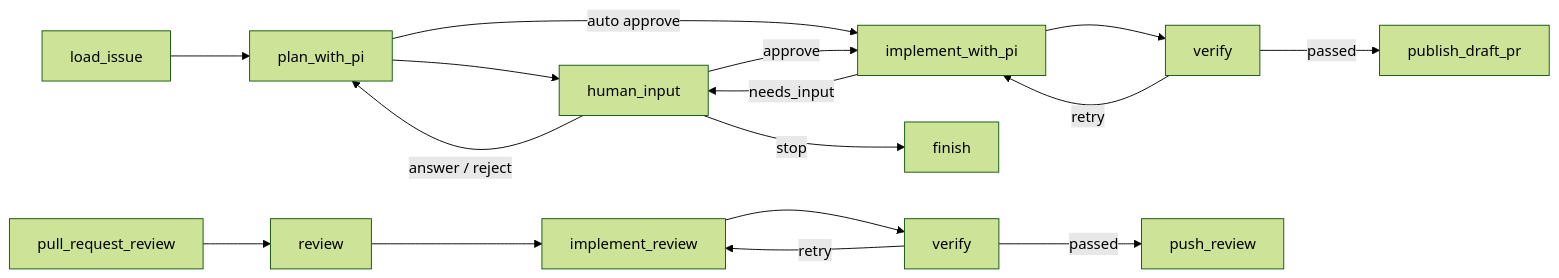
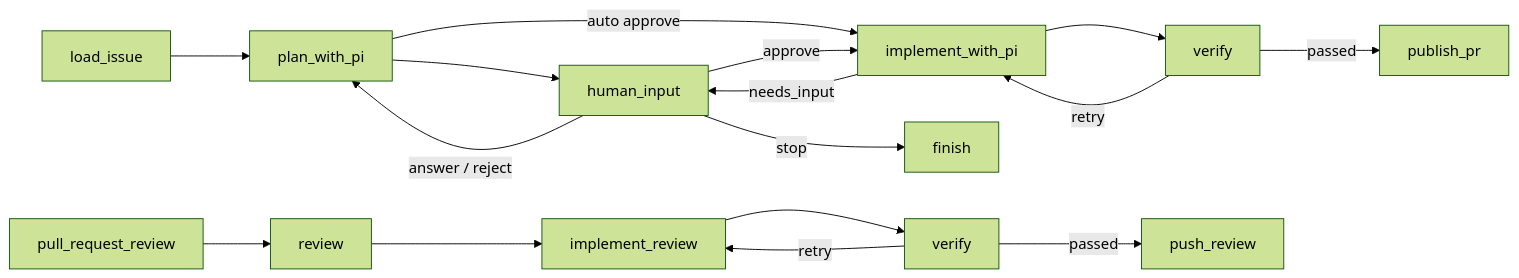
Before and after one commit to NetanelRotem/agent-demo-taskboard: the diagram in coding-agent-graph/README.md, drawn with Mermaid (forest theme). The commit also changed other lines of this file and 16 other files, not shown here.

````diff
--- a/coding-agent-graph/README.md
+++ b/coding-agent-graph/README.md
@@ -7,18 +7,18 @@
 ```mermaid
 flowchart LR
     A[load_issue] --> B[plan_with_pi]
     B --> C[human_input]
     B -->|auto approve| D
     C -->|answer / reject| B
     C -->|approve| D[implement_with_pi]
     C -->|stop| F[finish]
     D -->|needs_input| C
     D --> E[verify]
     E -->|retry| D
-    E -->|passed| G[publish_draft_pr]
+    E -->|passed| G[publish_pr]
     R[pull_request_review] --> H[review]
     H --> I[implement_review]
     I --> J[verify]
     J -->|retry| I
     J -->|passed| K[push_review]
 ```
````
